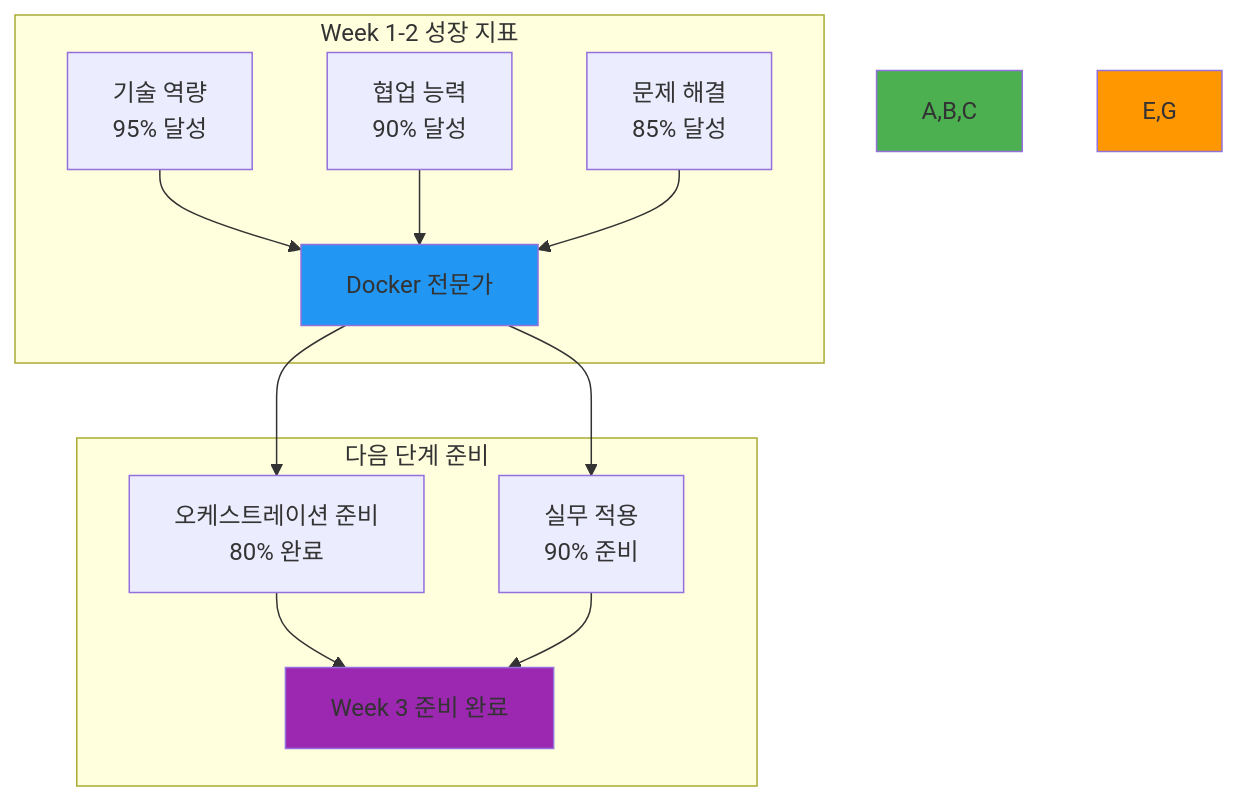
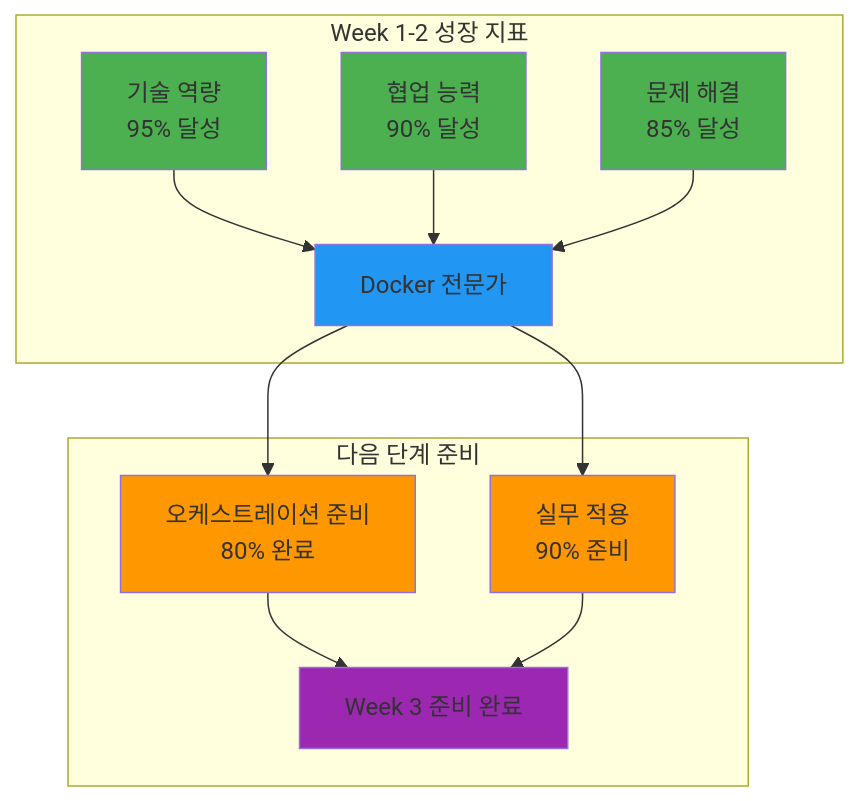
Diagram 13 of 14 in theory/week_02/day4/README_corrected.md (niceguy61/kdt_devops_lecture_2025), drawn with Mermaid before and after one commit. The commit also changed other lines of this file and 63 other files, not shown here.

````diff
--- a/theory/week_02/day4/README_corrected.md
+++ b/theory/week_02/day4/README_corrected.md
@@ -777,21 +819,24 @@
 ```mermaid
 graph TB
     subgraph "Week 1-2 성장 지표"
         A[기술 역량<br/>95% 달성] --> D[Docker 전문가]
         B[협업 능력<br/>90% 달성] --> D
         C[문제 해결<br/>85% 달성] --> D
     end
     
     subgraph "다음 단계 준비"
         E[오케스트레이션 준비<br/>80% 완료] --> F[Week 3 준비 완료]
         G[실무 적용<br/>90% 준비] --> F
     end
     
     D --> E
     D --> G
     
-    style A,B,C fill:#4caf50
+    style A fill:#4caf50
+    style B fill:#4caf50
+    style C fill:#4caf50
     style D fill:#2196f3
-    style E,G fill:#ff9800
+    style E fill:#ff9800
+    style G fill:#ff9800
     style F fill:#9c27b0
 ```
````
